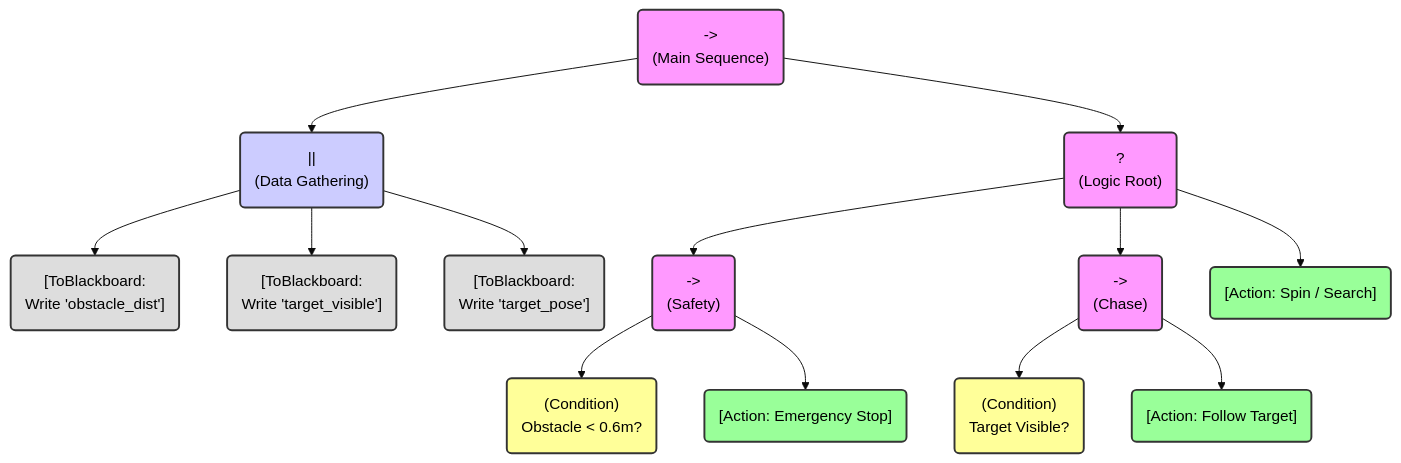
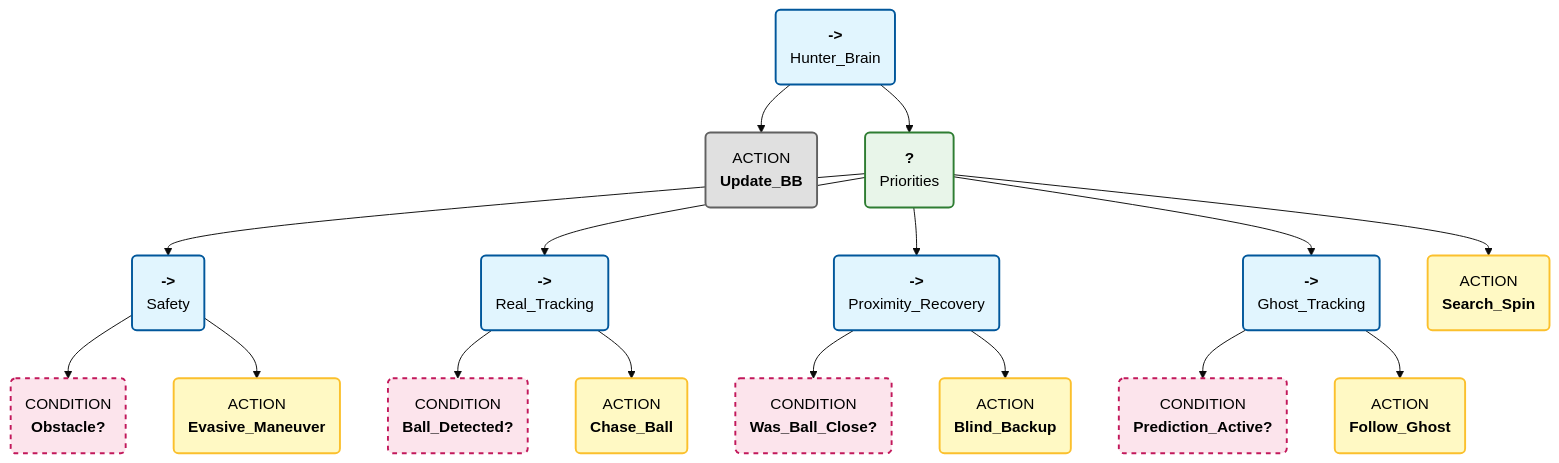
Before and after one commit to flebo45/Chimpanzee_MetalMonkeys: the diagram in src/hunter_control/schema.md, drawn with Mermaid (base theme).

Commit message:
Refactored schema.md for the bt

````diff
--- a/src/hunter_control/schema.md
+++ b/src/hunter_control/schema.md
@@ -1,38 +1,43 @@
 ```mermaid 
 graph TD
-    RootSeq("-> <br/> (Main Sequence)") --> DataGathering("|| <br/> (Data Gathering)")
-    RootSeq --> LogicSelector("? <br/> (Logic Root)")
 
-    %% RAMO 1: SENSE (Acquisizione Dati)
-    %% Eseguiti in parallelo per aggiornare la lavagna
-    DataGathering --> Lidar2BB("[ToBlackboard: <br/> Write 'obstacle_dist']")
-    DataGathering --> VisionVis2BB("[ToBlackboard: <br/> Write 'target_visible']")
-    DataGathering --> VisionPos2BB("[ToBlackboard: <br/> Write 'target_pose']")
+%% --- STILI ---
+%% Ho aggiunto 'color:black' per forzare il testo nero
+classDef seq fill:#e1f5fe,stroke:#01579b,stroke-width:2px,color:black;
+classDef sel fill:#e8f5e9,stroke:#2e7d32,stroke-width:2px,color:black;
+classDef act fill:#fff9c4,stroke:#fbc02d,stroke-width:2px,color:black;
+classDef cond fill:#fce4ec,stroke:#c2185b,stroke-width:2px,stroke-dasharray: 5 5,color:black;
+classDef data fill:#e0e0e0,stroke:#616161,stroke-width:2px,color:black;
 
-    %% RAMO 2: PLAN & ACT (Logica)
-    LogicSelector --> SafetySeq("-> <br/> (Safety)")
-    LogicSelector --> ChaseSeq("-> <br/> (Chase)")
-    LogicSelector --> SearchAction("[Action: Spin / Search]")
+%% Stile specifico per la legenda (più piccolo)
+classDef legend font-size:10pt,fill:#fff,stroke:none,color:black;
 
-    %% Dettaglio Safety
-    SafetySeq --> CheckObstacle("(Condition) <br/> Obstacle < 0.6m?")
-    SafetySeq --> StopAction("[Action: Emergency Stop]")
+%% --- ROOT ---
+%% Sequence = ->
+ROOT("<b>-></b><br/>Hunter_Brain"):::seq --> DATA_LAYER("ACTION<br/><b>Update_BB</b>"):::data
+ROOT --> PRIORITIES("<b>?</b><br/>Priorities"):::sel
 
-    %% Dettaglio Chase
-    ChaseSeq --> CheckTarget("(Condition) <br/> Target Visible?")
-    ChaseSeq --> TrackAction("[Action: Follow Target]")
+%% --- RAMO 1: SAFETY ---
+PRIORITIES --> SAFETY_SEQ("<b>-></b><br/>Safety"):::seq
+SAFETY_SEQ --> COND_OBS("CONDITION<br/><b>Obstacle?</b>"):::cond
+SAFETY_SEQ --> ACT_EVADE("ACTION<br/><b>Evasive_Maneuver</b>"):::act
 
-    classDef sequence fill:#f9f,stroke:#333,stroke-width:2px,color:#000;
-    classDef selector fill:#f9f,stroke:#333,stroke-width:2px,color:#000;
-    classDef parallel fill:#ccf,stroke:#333,stroke-width:2px,color:#000;
-    classDef input fill:#ddd,stroke:#333,stroke-width:2px,color:#000;
-    classDef condition fill:#ff9,stroke:#333,stroke-width:2px,color:#000;
-    classDef action fill:#9f9,stroke:#333,stroke-width:2px,color:#000;
+%% --- RAMO 2: REAL TRACKING ---
+PRIORITIES --> REAL_SEQ("<b>-></b><br/>Real_Tracking"):::seq
+REAL_SEQ --> COND_REAL("CONDITION<br/><b>Ball_Detected?</b>"):::cond
+REAL_SEQ --> ACT_CHASE("ACTION<br/><b>Chase_Ball</b>"):::act
 
-    class RootSeq,SafetySeq,ChaseSeq sequence;
-    class LogicSelector selector;
-    class DataGathering parallel;
-    class Lidar2BB,VisionVis2BB,VisionPos2BB input;
-    class CheckObstacle,CheckTarget condition;
-    class StopAction,TrackAction,SearchAction action;
+%% --- RAMO 3: RECOVERY ---
+PRIORITIES --> REC_SEQ("<b>-></b><br/>Proximity_Recovery"):::seq
+REC_SEQ --> COND_CLOSE("CONDITION<br/><b>Was_Ball_Close?</b>"):::cond
+REC_SEQ --> ACT_BACKUP("ACTION<br/><b>Blind_Backup</b>"):::act
+
+%% --- RAMO 4: GHOST TRACKING ---
+PRIORITIES --> GHOST_SEQ("<b>-></b><br/>Ghost_Tracking"):::seq
+GHOST_SEQ --> COND_PRED("CONDITION<br/><b>Prediction_Active?</b>"):::cond
+GHOST_SEQ --> ACT_GHOST("ACTION<br/><b>Follow_Ghost</b>"):::act
+
+%% --- RAMO 5: SEARCH ---
+PRIORITIES --> ACT_SEARCH("ACTION<br/><b>Search_Spin</b>"):::act
+
  ```
````
